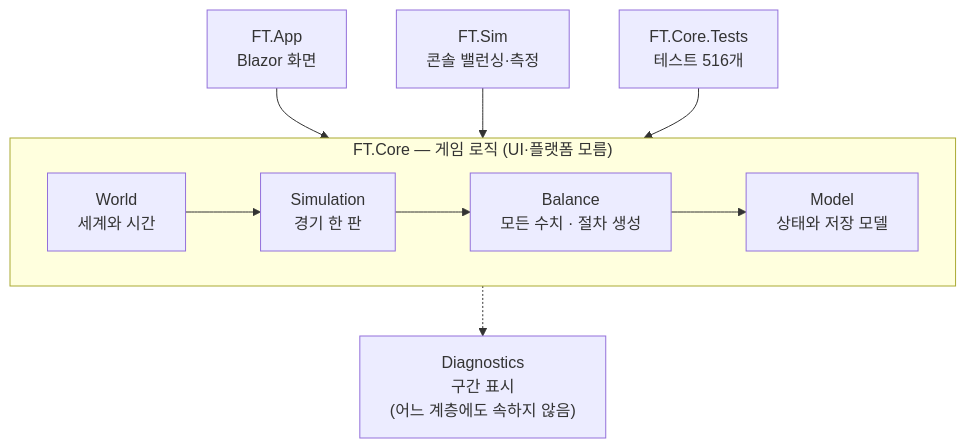
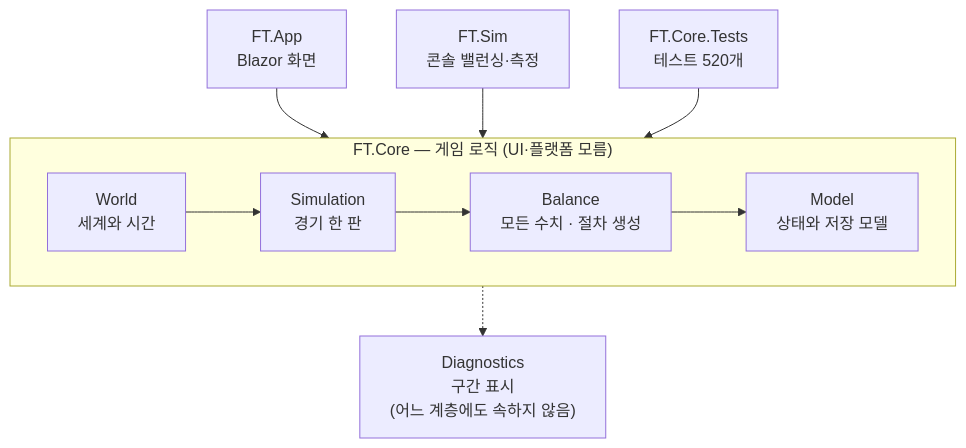
The first of 2 diagrams in docs/구조.md (Sundae-unity-dev/Football-TacticManager), drawn with Mermaid before and after one commit. The commit also changed other lines of this file and 16 other files, not shown here.

````diff
--- a/docs/구조.md
+++ b/docs/구조.md
@@ -8,11 +8,11 @@
 ```mermaid
 flowchart TB
   App["FT.App<br/>Blazor 화면"] --> core
   Sim["FT.Sim<br/>콘솔 밸런싱·측정"] --> core
-  Test["FT.Core.Tests<br/>테스트 516개"] --> core
+  Test["FT.Core.Tests<br/>테스트 520개"] --> core
   subgraph core["FT.Core — 게임 로직 (UI·플랫폼 모름)"]
     direction LR
     W["World<br/>세계와 시간"] --> S["Simulation<br/>경기 한 판"] --> B["Balance<br/>모든 수치 · 절차 생성"] --> M["Model<br/>상태와 저장 모델"]
   end
   core -.-> Diag["Diagnostics<br/>구간 표시<br/>(어느 계층에도 속하지 않음)"]
 ```
````
